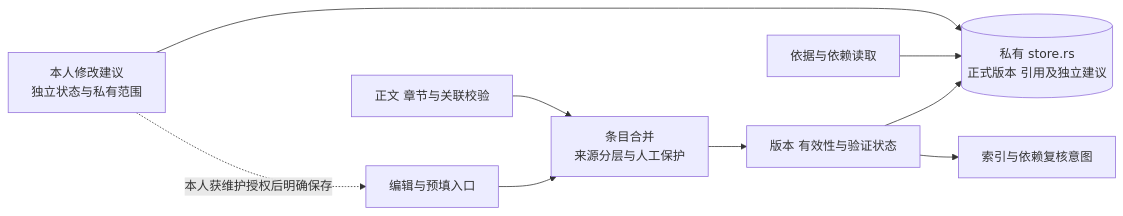
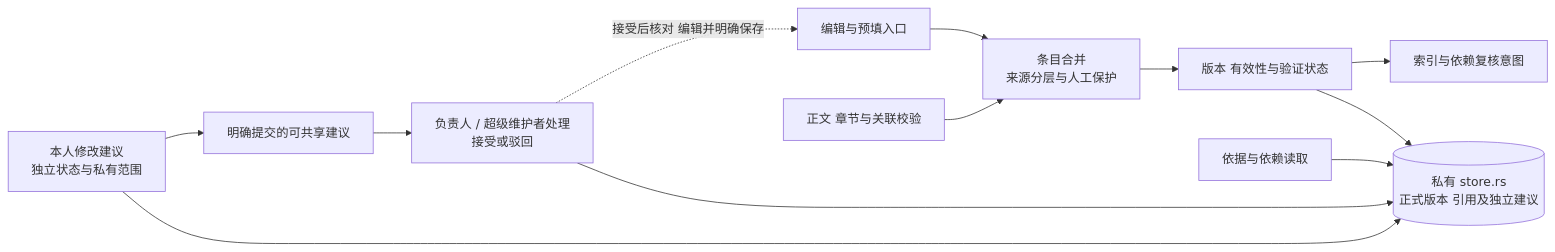
The third of 11 diagrams in docs/architecture/knowledge-modules.md (yaoziyaoguai/data_agent), drawn with Mermaid before and after one commit. The commit also changed other lines of this file and 67 other files, not shown here.

````diff
--- a/docs/architecture/knowledge-modules.md
+++ b/docs/architecture/knowledge-modules.md
@@ -140,11 +198,14 @@
 ```mermaid
 flowchart LR
     Edit[编辑与预填入口] --> Merge[条目合并<br/>来源分层与人工保护]
     Docs[正文 章节与关联校验] --> Merge
     Merge --> Versions[版本 有效性与验证状态]
     Versions --> Store[(私有 store.rs<br/>正式版本 引用及独立建议)]
     Evidence[依据与依赖读取] --> Store
     Proposal[本人修改建议<br/>独立状态与私有范围] --> Store
-    Proposal -.->|本人获维护授权后明确保存| Edit
+    Proposal --> Shared[明确提交的可共享建议]
+    Shared --> Decision[负责人 / 超级维护者处理<br/>接受或驳回]
+    Decision --> Store
+    Decision -.->|接受后核对 编辑并明确保存| Edit
     Versions --> Intents[索引与依赖复核意图]
 ```
````
